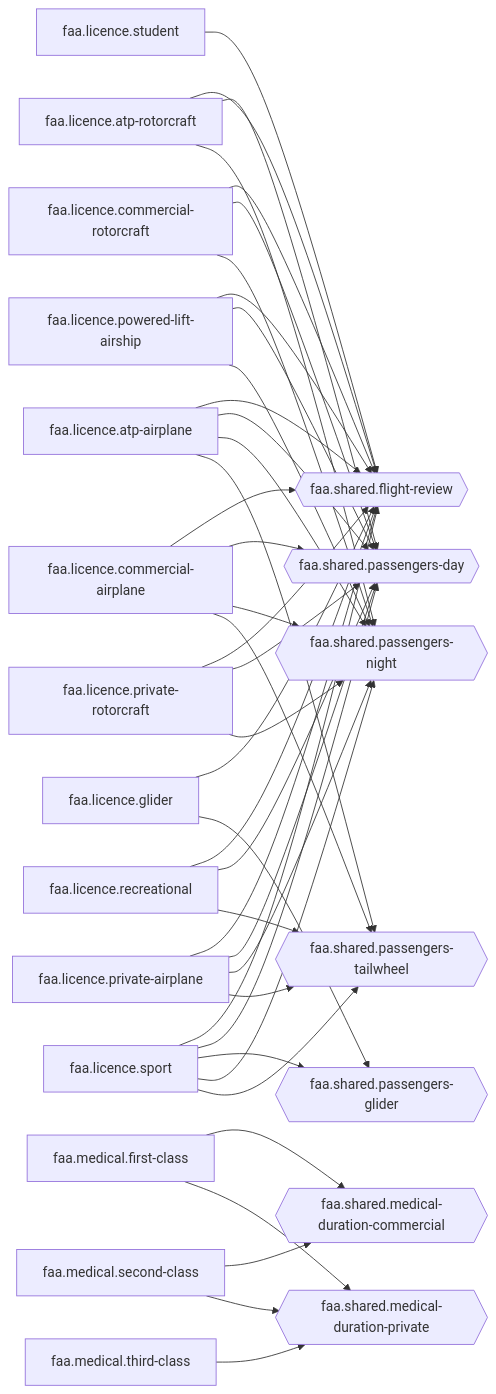
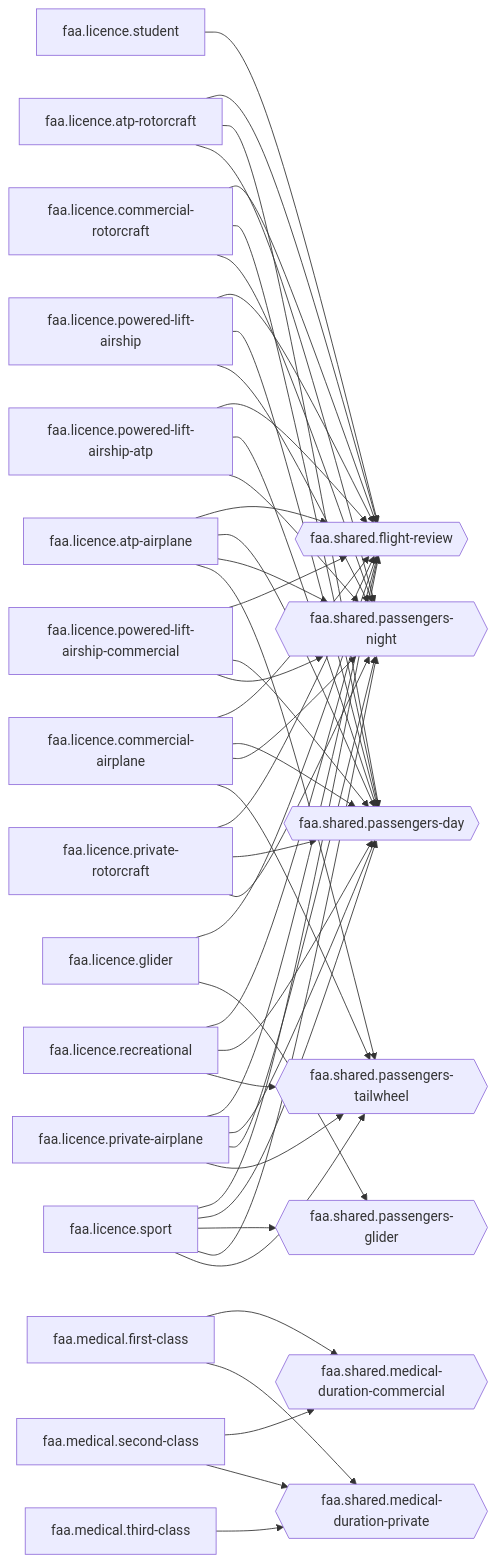
One commit to fjaeckel/open-aircrew-rules changed the sixth of 6 diagrams in docs/dependencies.md. Above: the diagram before and after it, drawn with Mermaid. The commit also changed other lines of this file and 162 other files, not shown here.

````diff
--- a/docs/dependencies.md
+++ b/docs/dependencies.md
@@ -477,64 +538,72 @@
 ```mermaid
 flowchart LR
   faa_licence_atp_airplane["faa.licence.atp-airplane"]
   faa_licence_atp_rotorcraft["faa.licence.atp-rotorcraft"]
   faa_licence_commercial_airplane["faa.licence.commercial-airplane"]
   faa_licence_commercial_rotorcraft["faa.licence.commercial-rotorcraft"]
   faa_licence_glider["faa.licence.glider"]
   faa_licence_powered_lift_airship["faa.licence.powered-lift-airship"]
+  faa_licence_powered_lift_airship_atp["faa.licence.powered-lift-airship-atp"]
+  faa_licence_powered_lift_airship_commercial["faa.licence.powered-lift-airship-commercial"]
   faa_licence_private_airplane["faa.licence.private-airplane"]
   faa_licence_private_rotorcraft["faa.licence.private-rotorcraft"]
   faa_licence_recreational["faa.licence.recreational"]
   faa_licence_sport["faa.licence.sport"]
   faa_licence_student["faa.licence.student"]
   faa_medical_first_class["faa.medical.first-class"]
   faa_medical_second_class["faa.medical.second-class"]
   faa_medical_third_class["faa.medical.third-class"]
   faa_shared_flight_review{{"faa.shared.flight-review"}}
   faa_shared_medical_duration_commercial{{"faa.shared.medical-duration-commercial"}}
   faa_shared_medical_duration_private{{"faa.shared.medical-duration-private"}}
   faa_shared_passengers_day{{"faa.shared.passengers-day"}}
   faa_shared_passengers_glider{{"faa.shared.passengers-glider"}}
   faa_shared_passengers_night{{"faa.shared.passengers-night"}}
   faa_shared_passengers_tailwheel{{"faa.shared.passengers-tailwheel"}}
   faa_licence_atp_airplane --> faa_shared_flight_review
   faa_licence_atp_airplane --> faa_shared_passengers_day
   faa_licence_atp_airplane --> faa_shared_passengers_night
   faa_licence_atp_airplane --> faa_shared_passengers_tailwheel
   faa_licence_atp_rotorcraft --> faa_shared_flight_review
   faa_licence_atp_rotorcraft --> faa_shared_passengers_day
   faa_licence_atp_rotorcraft --> faa_shared_passengers_night
   faa_licence_commercial_airplane --> faa_shared_flight_review
   faa_licence_commercial_airplane --> faa_shared_passengers_day
   faa_licence_commercial_airplane --> faa_shared_passengers_night
   faa_licence_commercial_airplane --> faa_shared_passengers_tailwheel
   faa_licence_commercial_rotorcraft --> faa_shared_flight_review
   faa_licence_commercial_rotorcraft --> faa_shared_passengers_day
   faa_licence_commercial_rotorcraft --> faa_shared_passengers_night
   faa_licence_glider --> faa_shared_flight_review
   faa_licence_glider --> faa_shared_passengers_glider
   faa_licence_powered_lift_airship --> faa_shared_flight_review
   faa_licence_powered_lift_airship --> faa_shared_passengers_day
   faa_licence_powered_lift_airship --> faa_shared_passengers_night
+  faa_licence_powered_lift_airship_atp --> faa_shared_flight_review
+  faa_licence_powered_lift_airship_atp --> faa_shared_passengers_day
+  faa_licence_powered_lift_airship_atp --> faa_shared_passengers_night
+  faa_licence_powered_lift_airship_commercial --> faa_shared_flight_review
+  faa_licence_powered_lift_airship_commercial --> faa_shared_passengers_day
+  faa_licence_powered_lift_airship_commercial --> faa_shared_passengers_night
   faa_licence_private_airplane --> faa_shared_flight_review
   faa_licence_private_airplane --> faa_shared_passengers_day
   faa_licence_private_airplane --> faa_shared_passengers_night
   faa_licence_private_airplane --> faa_shared_passengers_tailwheel
   faa_licence_private_rotorcraft --> faa_shared_flight_review
   faa_licence_private_rotorcraft --> faa_shared_passengers_day
   faa_licence_private_rotorcraft --> faa_shared_passengers_night
   faa_licence_recreational --> faa_shared_flight_review
   faa_licence_recreational --> faa_shared_passengers_day
   faa_licence_recreational --> faa_shared_passengers_tailwheel
   faa_licence_sport --> faa_shared_flight_review
   faa_licence_sport --> faa_shared_passengers_day
   faa_licence_sport --> faa_shared_passengers_glider
   faa_licence_sport --> faa_shared_passengers_night
   faa_licence_sport --> faa_shared_passengers_tailwheel
   faa_licence_student --> faa_shared_flight_review
   faa_medical_first_class --> faa_shared_medical_duration_commercial
   faa_medical_first_class --> faa_shared_medical_duration_private
   faa_medical_second_class --> faa_shared_medical_duration_commercial
   faa_medical_second_class --> faa_shared_medical_duration_private
   faa_medical_third_class --> faa_shared_medical_duration_private
 ```
````
